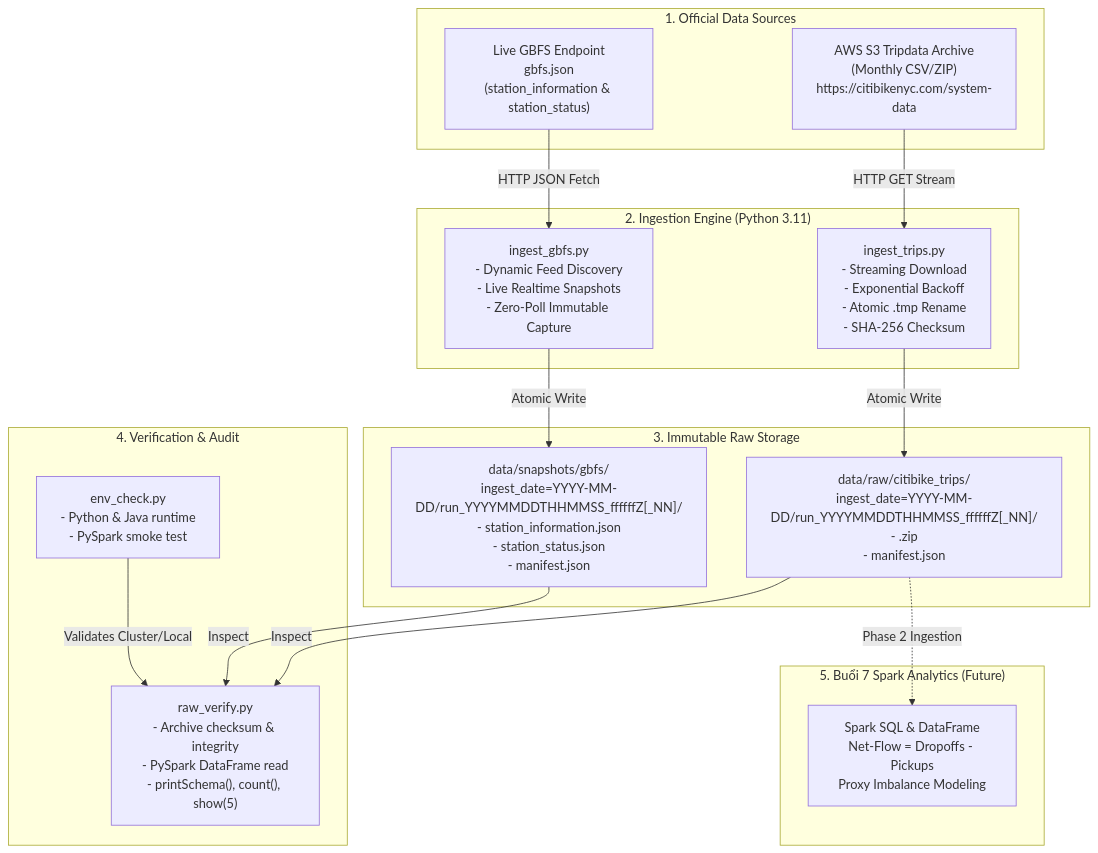
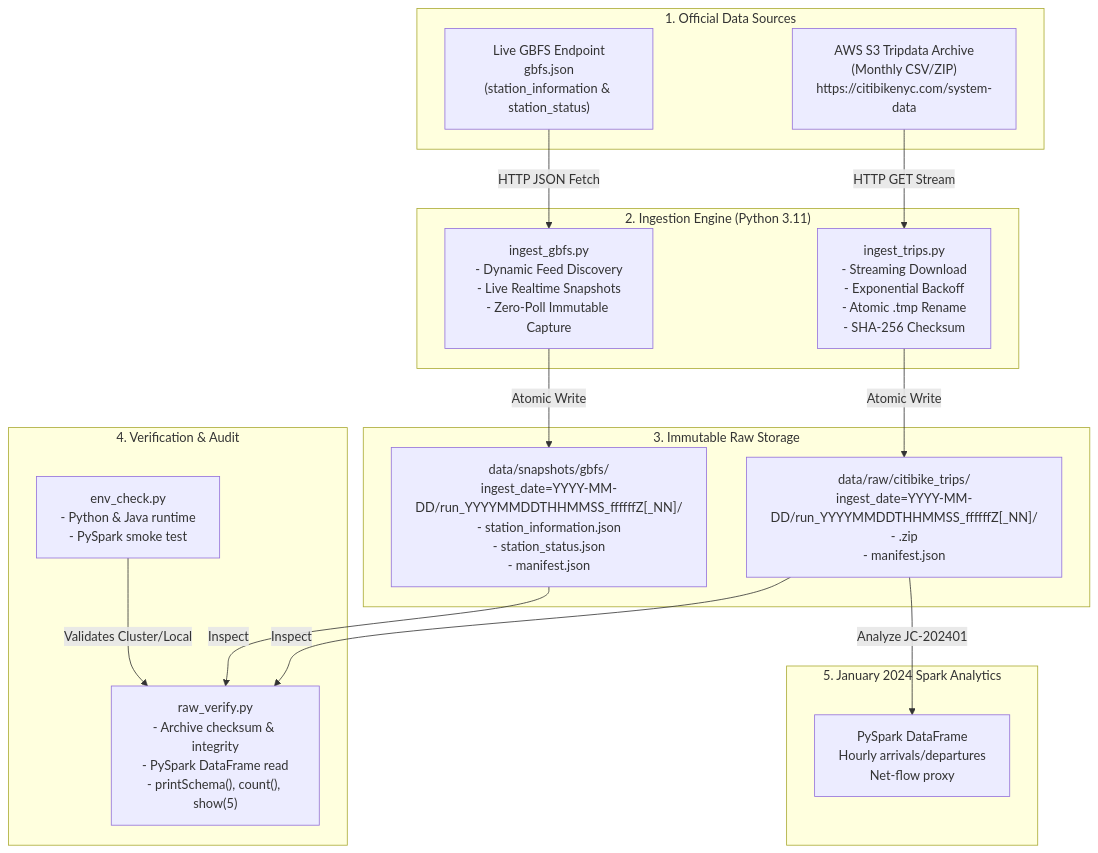
The diagram in docs/architecture.md (Cayder123/CitiBike-StationPulse), drawn with Mermaid before and after one commit. The commit also changed other lines of this file and 7 other files, not shown here.

````diff
--- a/docs/architecture.md
+++ b/docs/architecture.md
@@ -15,38 +15,38 @@
 ```mermaid
 flowchart TD
     subgraph Data_Sources["1. Official Data Sources"]
         S3["AWS S3 Tripdata Archive\n(Monthly CSV/ZIP)\nhttps://citibikenyc.com/system-data"]
         GBFS["Live GBFS Endpoint\ngbfs.json\n(station_information & station_status)"]
     end
 
     subgraph Ingestion_Engine["2. Ingestion Engine (Python 3.11)"]
         TripIngest["ingest_trips.py\n- Streaming Download\n- Exponential Backoff\n- Atomic .tmp Rename\n- SHA-256 Checksum"]
         GBFSIngest["ingest_gbfs.py\n- Dynamic Feed Discovery\n- Live Realtime Snapshots\n- Zero-Poll Immutable Capture"]
     end
 
     subgraph Raw_Storage["3. Immutable Raw Storage"]
         RawTrips["data/raw/citibike_trips/\ningest_date=YYYY-MM-DD/run_YYYYMMDDTHHMMSS_ffffffZ[_NN]/\n- <source_file>.zip\n- manifest.json"]
         RawGBFS["data/snapshots/gbfs/\ningest_date=YYYY-MM-DD/run_YYYYMMDDTHHMMSS_ffffffZ[_NN]/\n- station_information.json\n- station_status.json\n- manifest.json"]
     end
 
     subgraph Verification_Engine["4. Verification & Audit"]
         EnvCheck["env_check.py\n- Python & Java runtime\n- PySpark smoke test"]
         RawVerify["raw_verify.py\n- Archive checksum & integrity\n- PySpark DataFrame read\n- printSchema(), count(), show(5)"]
     end
 
-    subgraph Analytics_Phase["5. Buổi 7 Spark Analytics (Future)"]
-        SparkTransform["Spark SQL & DataFrame\nNet-Flow = Dropoffs - Pickups\nProxy Imbalance Modeling"]
+    subgraph Analytics_Phase["5. January 2024 Spark Analytics"]
+        SparkTransform["PySpark DataFrame\nHourly arrivals/departures\nNet-flow proxy"]
     end
 
     S3 -->|HTTP GET Stream| TripIngest
     GBFS -->|HTTP JSON Fetch| GBFSIngest
 
     TripIngest -->|Atomic Write| RawTrips
     GBFSIngest -->|Atomic Write| RawGBFS
 
     RawTrips -->|Inspect| RawVerify
     RawGBFS -->|Inspect| RawVerify
     EnvCheck -->|Validates Cluster/Local| RawVerify
 
-    RawTrips -.->|Phase 2 Ingestion| SparkTransform
+    RawTrips -->|Analyze JC-202401| SparkTransform
 ```
````
